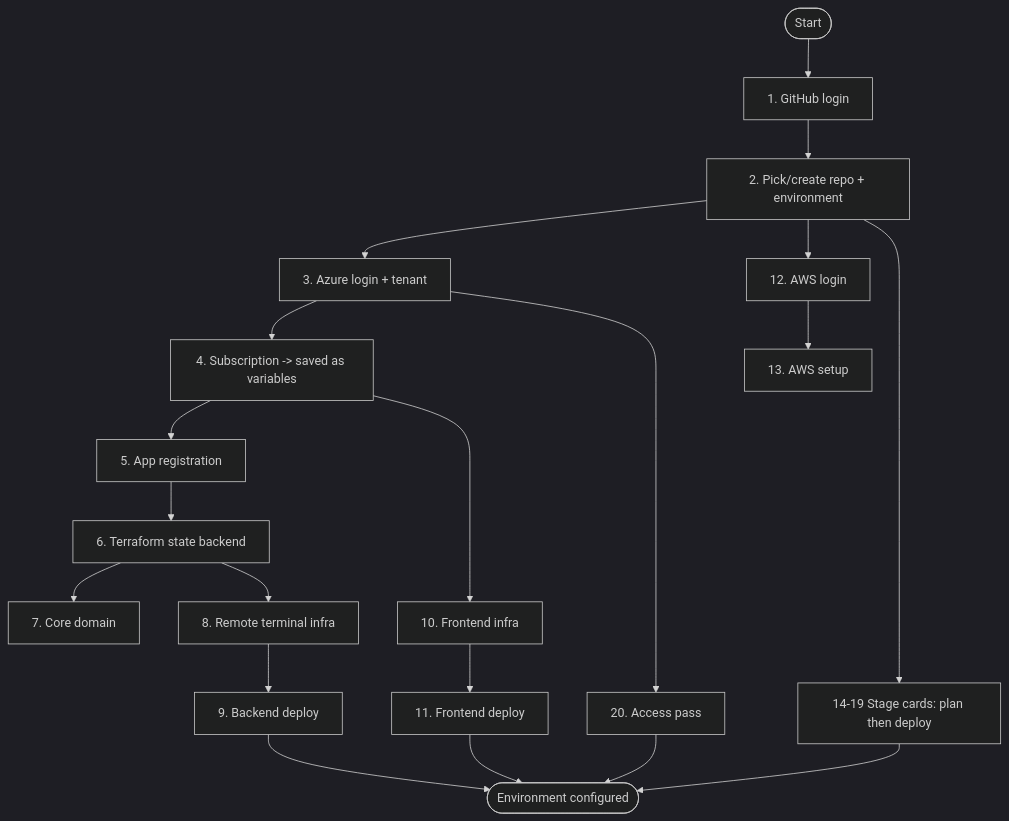
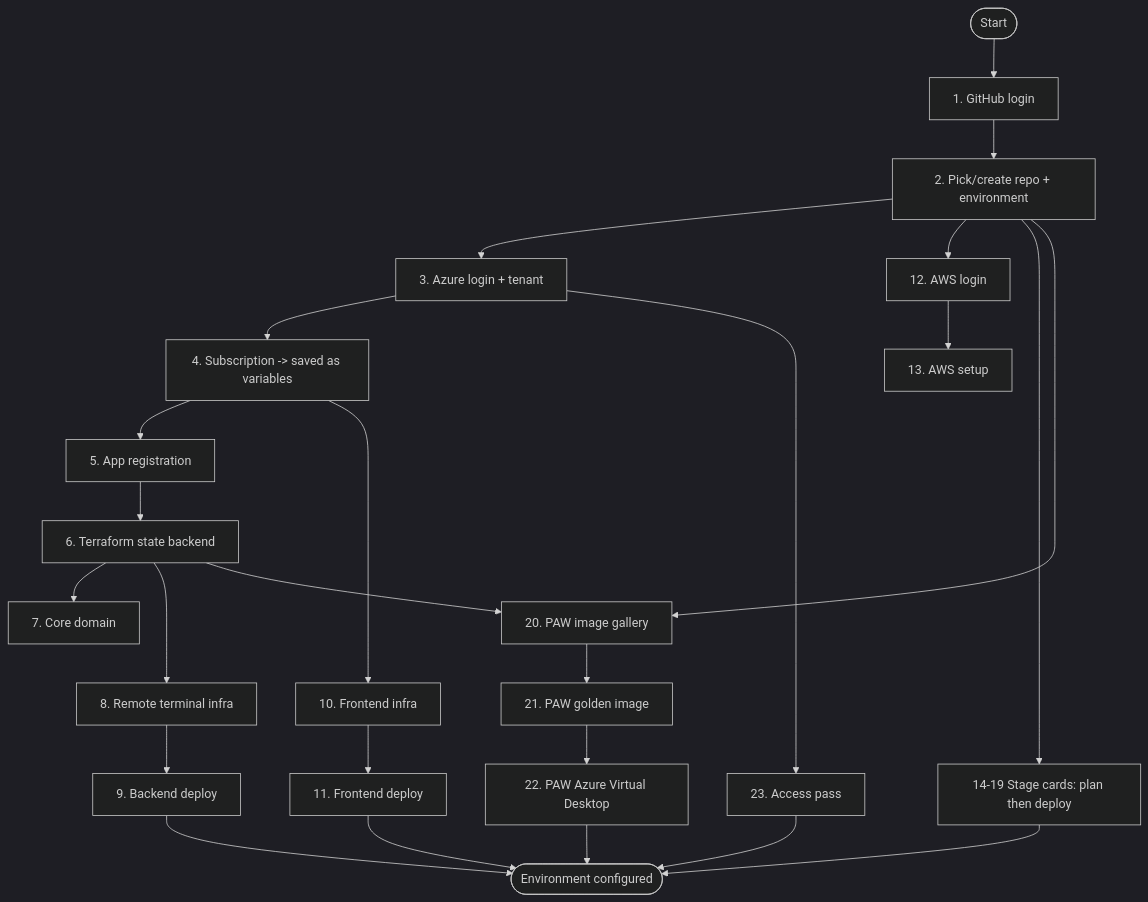
One commit to ZenMe-AU/ZenbloxCore changed the eighth of 9 diagrams in zeninstallerPvt/ui/UI_UX.md. Above: the diagram before and after it, drawn with Mermaid (dark theme). The commit also changed other lines of this file and 25 other files, not shown here.

````diff
--- a/zeninstallerPvt/ui/UI_UX.md
+++ b/zeninstallerPvt/ui/UI_UX.md
@@ -285,22 +295,27 @@
 ```mermaid
 flowchart TD
   S([Start]) --> GH[1. GitHub login]
   GH --> RP[2. Pick/create repo + environment]
   RP --> AL[3. Azure login + tenant]
   AL --> SB[4. Subscription -> saved as variables]
   SB --> AR[5. App registration]
   AR --> CI[6. Terraform state backend]
   CI --> DM[7. Core domain]
   CI --> RT[8. Remote terminal infra]
   RT --> BE[9. Backend deploy]
   SB --> FI[10. Frontend infra]
   FI --> WD[11. Frontend deploy]
   RP --> AWL[12. AWS login]
   AWL --> AWS[13. AWS setup]
   RP --> ST[14-19 Stage cards: plan then deploy]
-  AL --> AP[20. Access pass]
+  RP --> PG[20. PAW image gallery]
+  CI --> PG
+  PG --> PI[21. PAW golden image]
+  PI --> PAW[22. PAW Azure Virtual Desktop]
+  AL --> AP[23. Access pass]
   ST --> E([Environment configured])
+  PAW --> E
   AP --> E
   WD --> E
   BE --> E
 ```
````
